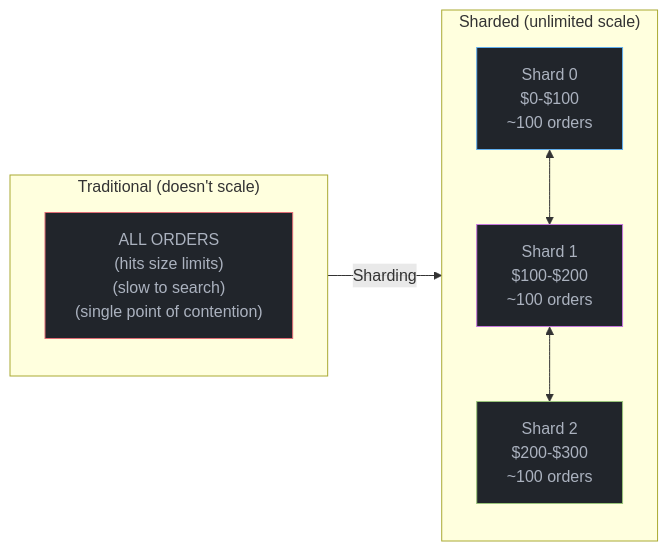
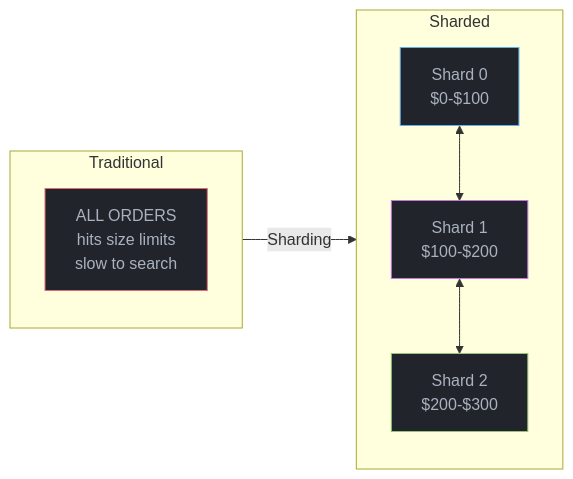
The second of 9 diagrams in concepts/orderbook.mdx (mgild/mintlify-docs), drawn with Mermaid before and after one commit. The commit also changed other lines of this file and 19 other files, not shown here.

````diff
--- a/concepts/orderbook.mdx
+++ b/concepts/orderbook.mdx
@@ -55,21 +55,20 @@
 ```mermaid
 
 flowchart LR
-    subgraph Traditional["Traditional (doesn't scale)"]
-        T1["ALL ORDERS<br/>(hits size limits)<br/>(slow to search)<br/>(single point of contention)"]
+    subgraph Traditional["Traditional"]
+        T1["ALL ORDERS<br/>hits size limits<br/>slow to search"]
     end
 
     Traditional -->|Sharding| Sharded
 
-    subgraph Sharded["Sharded (unlimited scale)"]
-        S0["Shard 0<br/>$0-$100<br/>~100 orders"]
-        S1["Shard 1<br/>$100-$200<br/>~100 orders"]
-        S2["Shard 2<br/>$200-$300<br/>~100 orders"]
+    subgraph Sharded["Sharded"]
+        S0["Shard 0<br/>$0-$100"]
+        S1["Shard 1<br/>$100-$200"]
+        S2["Shard 2<br/>$200-$300"]
         S0 <--> S1 <--> S2
     end
-
     style T1 fill:#21252b,stroke:#e06c75,color:#abb2bf
     style S0 fill:#21252b,stroke:#61afef,color:#abb2bf
     style S1 fill:#21252b,stroke:#c678dd,color:#abb2bf
     style S2 fill:#21252b,stroke:#98c379,color:#abb2bf
 ```
````
